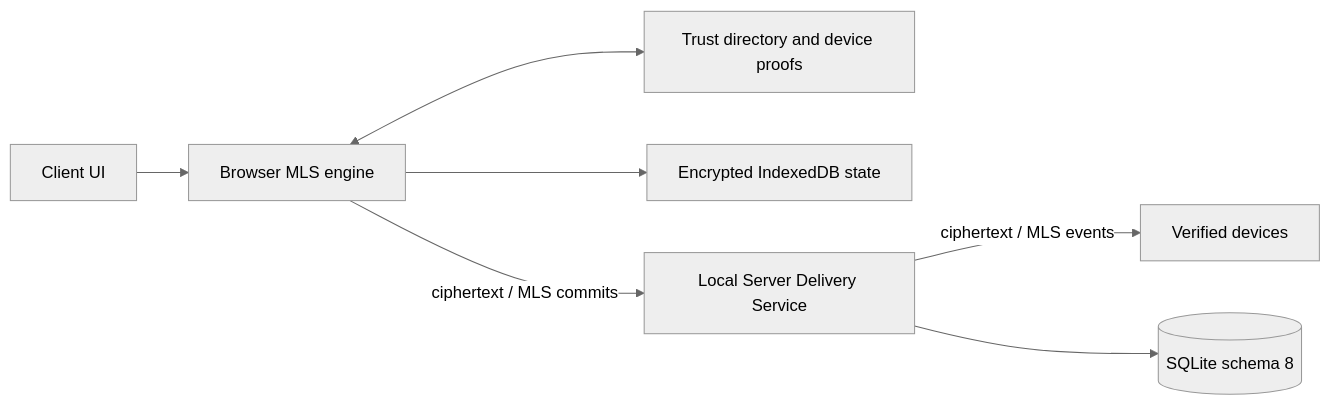
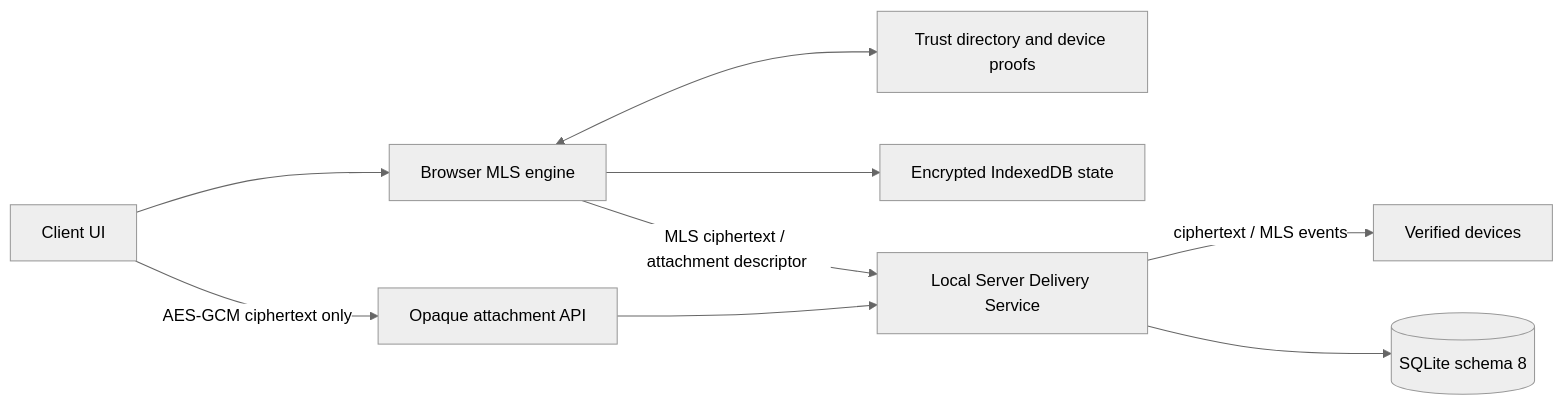
Before and after one commit to Onmaynec/Nexora: the diagram in README.md, drawn with Mermaid (neutral theme). The commit also changed other lines of this file, not shown here.

````diff
--- a/README.md
+++ b/README.md
@@ -24,9 +28,11 @@
 ```mermaid
 flowchart LR
   UI[Client UI] --> ENG[Browser MLS engine]
   ENG <--> TC[Trust directory and device proofs]
   ENG --> ESTORE[Encrypted IndexedDB state]
-  ENG -->|ciphertext / MLS commits| DS[Local Server Delivery Service]
+  ENG -->|MLS ciphertext / attachment descriptor| DS[Local Server Delivery Service]
+  UI -->|AES-GCM ciphertext only| OPAQUE[Opaque attachment API]
+  OPAQUE --> DS
   DS -->|ciphertext / MLS events| PEERS[Verified devices]
   DS --> S8[(SQLite schema 8)]
 ```
````
